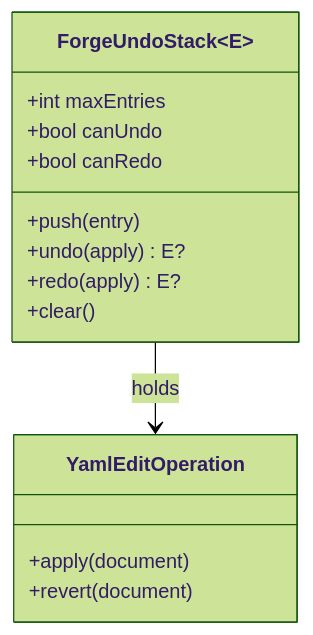
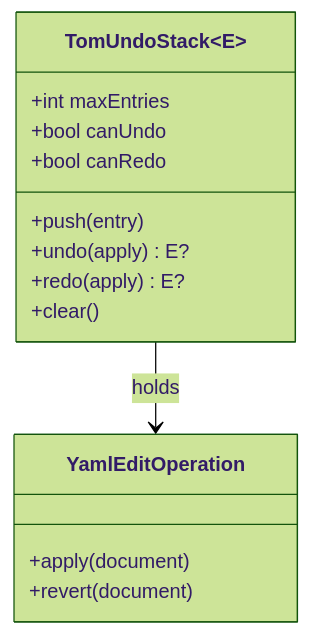
One commit to al-the-bear/tom_forge_modules changed the fifth of 19 diagrams in tom_yaml_editor/doc/yaml_editor_architecture_design.md. Above: the diagram before and after it, drawn with Mermaid (forest theme). The commit also changed other lines of this file and 78 other files, not shown here.

First line of the commit message:
tom_forge_core: the undo stack and file system leave for tom_basics

````diff
--- a/tom_yaml_editor/doc/yaml_editor_architecture_design.md
+++ b/tom_yaml_editor/doc/yaml_editor_architecture_design.md
@@ -266,19 +266,19 @@
 ```mermaid
 classDiagram
-    class ForgeUndoStack~E~ {
+    class TomUndoStack~E~ {
         +int maxEntries
         +bool canUndo
         +bool canRedo
         +push(entry)
         +undo(apply) E?
         +redo(apply) E?
         +clear()
     }
 
     class YamlEditOperation {
         +apply(document)
         +revert(document)
     }
 
-    ForgeUndoStack --> YamlEditOperation : holds
+    TomUndoStack --> YamlEditOperation : holds
 ```
````
